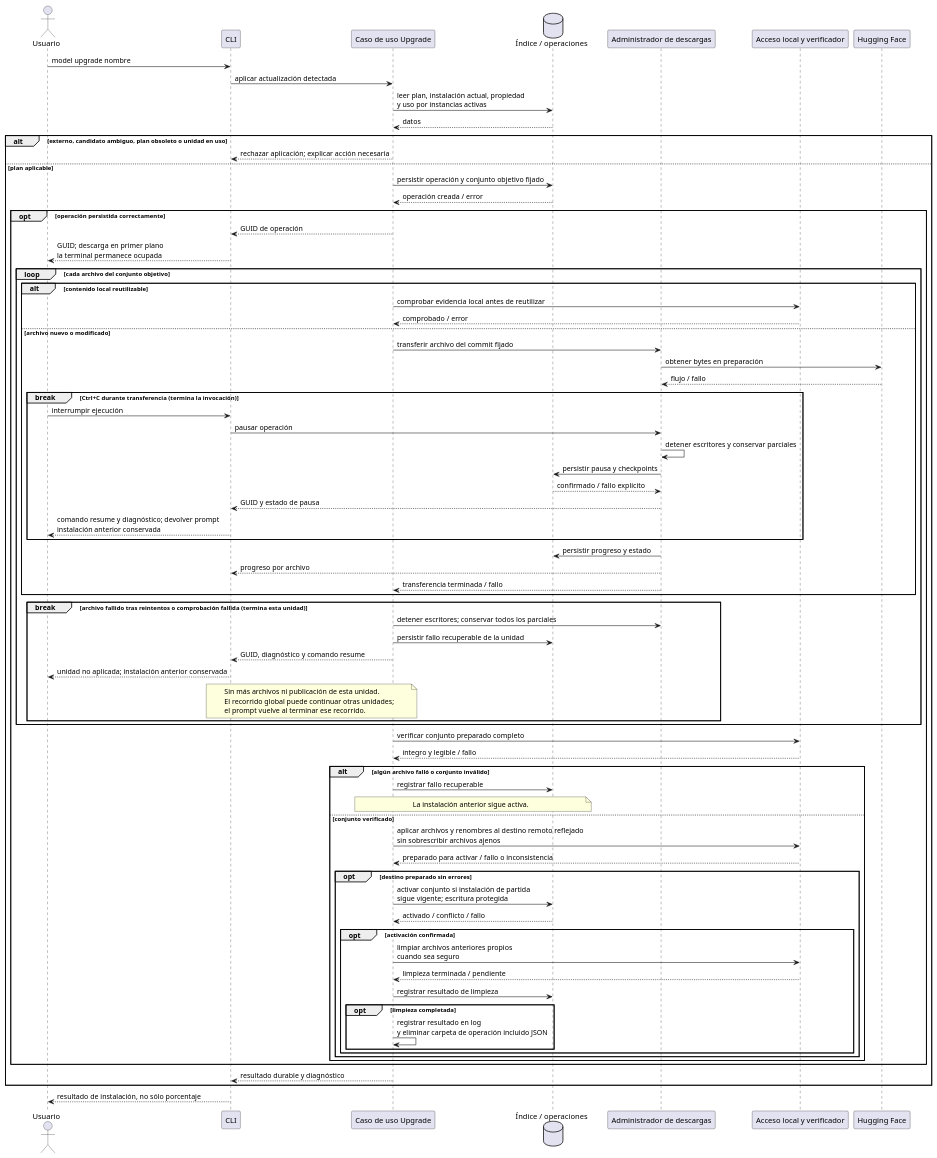
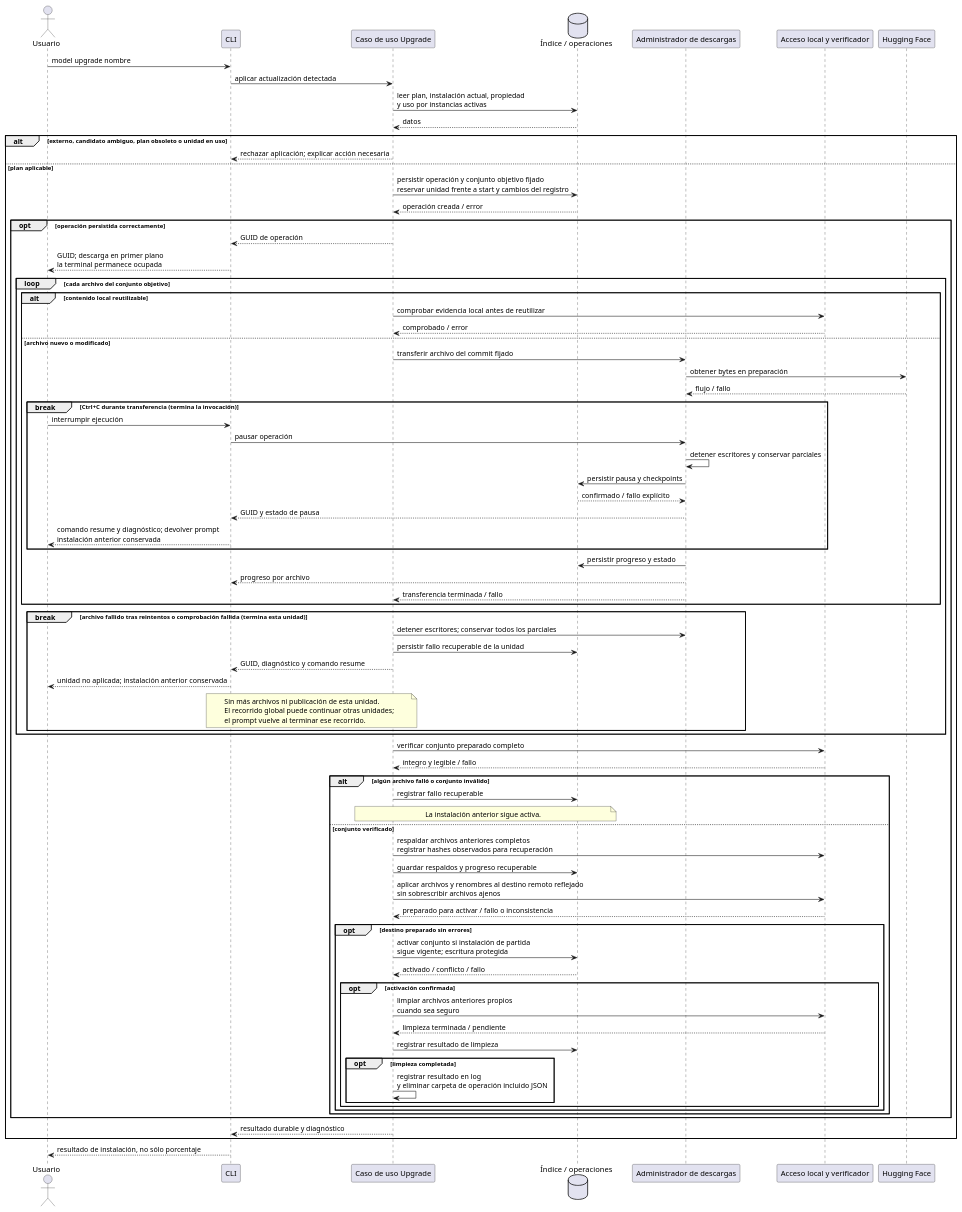
One commit to mstranich/coquena changed the fourth of 11 diagrams in docs/secuencias.md. Above: the diagram before and after it, drawn with PlantUML. The commit also changed 29 other files, not shown here.

```diff
--- a/docs/secuencias.md
+++ b/docs/secuencias.md
@@ -308,7 +308,7 @@
 alt externo, candidato ambiguo, plan obsoleto o unidad en uso
   UG --> CLI : rechazar aplicación; explicar acción necesaria
 else plan aplicable
-  UG -> I : persistir operación y conjunto objetivo fijado
+  UG -> I : persistir operación y conjunto objetivo fijado\nreservar unidad frente a start y cambios del registro
   I --> UG : operación creada / error
   opt operación persistida correctamente
     UG --> CLI : GUID de operación
@@ -354,6 +354,8 @@
         La instalación anterior sigue activa.
       end note
     else conjunto verificado
+      UG -> F : respaldar archivos anteriores completos\nregistrar hashes observados para recuperación
+      UG -> I : guardar respaldos y progreso recuperable
       UG -> F : aplicar archivos y renombres al destino remoto reflejado\nsin sobrescribir archivos ajenos
       F --> UG : preparado para activar / fallo o inconsistencia
       opt destino preparado sin errores
```
